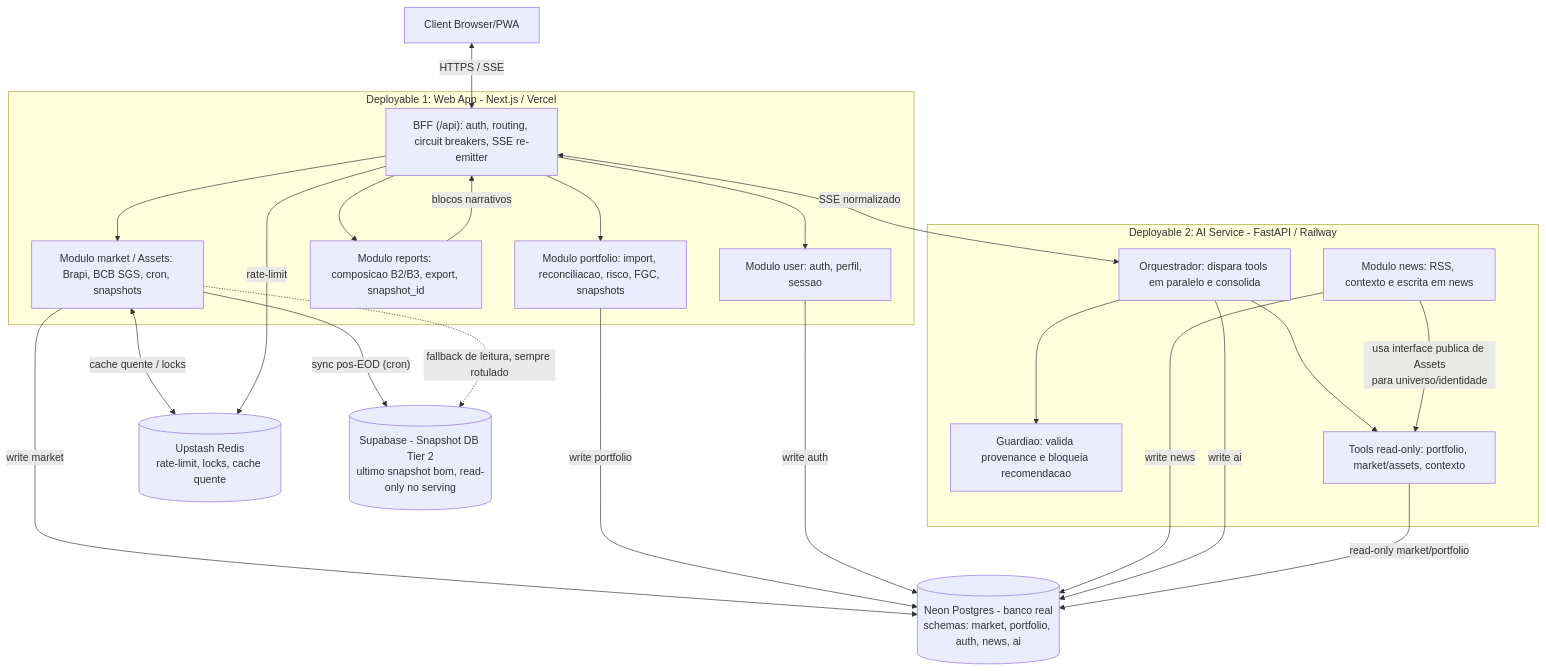
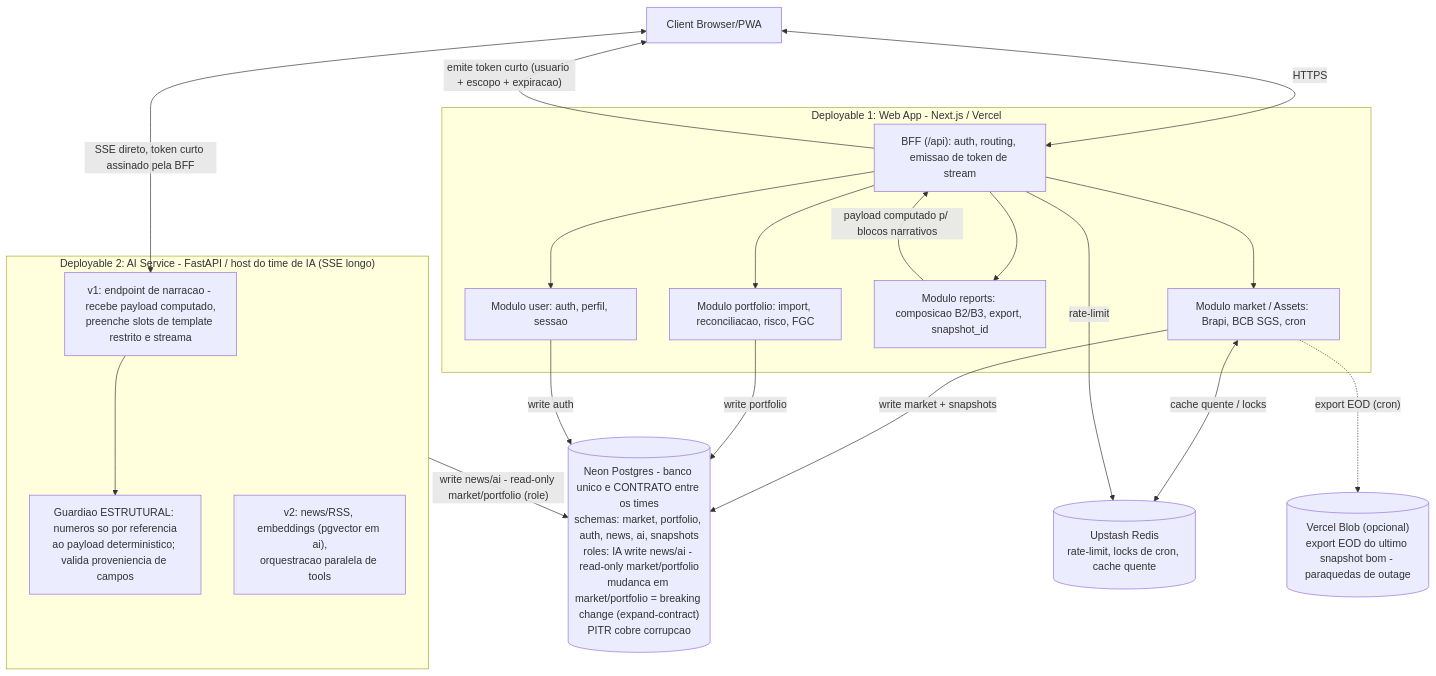
The first of 2 diagrams in docs/README.md (BullCap/BullCapital), drawn with Mermaid before and after one commit. The commit also changed other lines of this file and 5 other files, not shown here.

First line of the commit message:
docs(arquitetura): READMEs, diagramas e plano refletem a stack final

````diff
--- a/docs/README.md
+++ b/docs/README.md
@@ -10,49 +13,43 @@
 ```mermaid
 flowchart TB
   client["Client Browser/PWA"]
 
   subgraph web["Deployable 1: Web App - Next.js / Vercel"]
-    bff["BFF (/api): auth, routing, circuit breakers, SSE re-emitter"]
-    market["Modulo market / Assets: Brapi, BCB SGS, cron, snapshots"]
-    portfolio["Modulo portfolio: import, reconciliacao, risco, FGC, snapshots"]
+    bff["BFF (/api): auth, routing, emissao de token de stream"]
+    market["Modulo market / Assets: Brapi, BCB SGS, cron"]
+    portfolio["Modulo portfolio: import, reconciliacao, risco, FGC"]
     reports["Modulo reports: composicao B2/B3, export, snapshot_id"]
     user["Modulo user: auth, perfil, sessao"]
   end
 
-  subgraph ai["Deployable 2: AI Service - FastAPI / Railway"]
-    orchestrator["Orquestrador: dispara tools em paralelo e consolida"]
-    guardian["Guardiao: valida provenance e bloqueia recomendacao"]
-    tools["Tools read-only: portfolio, market/assets, contexto"]
-    news["Modulo news: RSS, contexto e escrita em news"]
+  subgraph ai["Deployable 2: AI Service - FastAPI / host do time de IA (SSE longo)"]
+    narrator["v1: endpoint de narracao - recebe payload computado,\npreenche slots de template restrito e streama"]
+    guardian["Guardiao ESTRUTURAL: numeros so por referencia\nao payload deterministico; valida proveniencia de campos"]
+    v2["v2: news/RSS, embeddings (pgvector em ai),\norquestracao paralela de tools"]
   end
 
-  neon[("Neon Postgres - banco real\nschemas: market, portfolio, auth, news, ai")]
-  redis[("Upstash Redis\nrate-limit, locks, cache quente")]
-  supabase[("Supabase - Snapshot DB Tier 2\nultimo snapshot bom, read-only no serving")]
+  neon[("Neon Postgres - banco unico e CONTRATO entre os times\nschemas: market, portfolio, auth, news, ai, snapshots\nroles: IA write news/ai - read-only market/portfolio\nmudanca em market/portfolio = breaking change (expand-contract)\nPITR cobre corrupcao")]
+  redis[("Upstash Redis\nrate-limit, locks de cron, cache quente")]
+  blob[("Vercel Blob (opcional)\nexport EOD do ultimo snapshot bom - paraquedas de outage")]
 
-  client <-->|"HTTPS / SSE"| bff
-  bff <-->|"SSE normalizado"| orchestrator
+  client <-->|"HTTPS"| bff
+  client <-->|"SSE direto, token curto assinado pela BFF"| narrator
+  bff -->|"emite token curto (usuario + escopo + expiracao)"| client
 
   bff --> market
   bff --> portfolio
   bff --> reports
   bff --> user
 
-  reports -->|"blocos narrativos"| bff
-  orchestrator --> tools
-  orchestrator --> guardian
-  news -->|"usa interface publica de Assets\npara universo/identidade"| tools
+  narrator --> guardian
+  reports -->|"payload computado p/ blocos narrativos"| bff
 
-  market -->|"write market"| neon
+  market -->|"write market + snapshots"| neon
   portfolio -->|"write portfolio"| neon
   user -->|"write auth"| neon
-  news -->|"write news"| neon
-  orchestrator -->|"write ai"| neon
-  tools -->|"read-only market/portfolio"| neon
+  ai -->|"write news/ai - read-only market/portfolio (role)"| neon
 
   market <-->|"cache quente / locks"| redis
   bff -->|"rate-limit"| redis
-
-  market -->|"sync pos-EOD (cron)"| supabase
-  market -.->|"fallback de leitura, sempre rotulado"| supabase
+  market -.->|"export EOD (cron)"| blob
 ```
````
